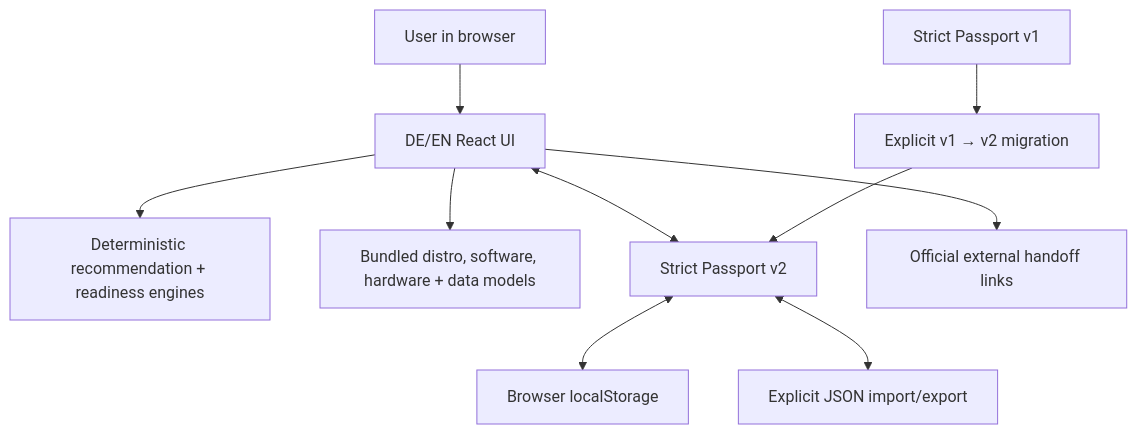
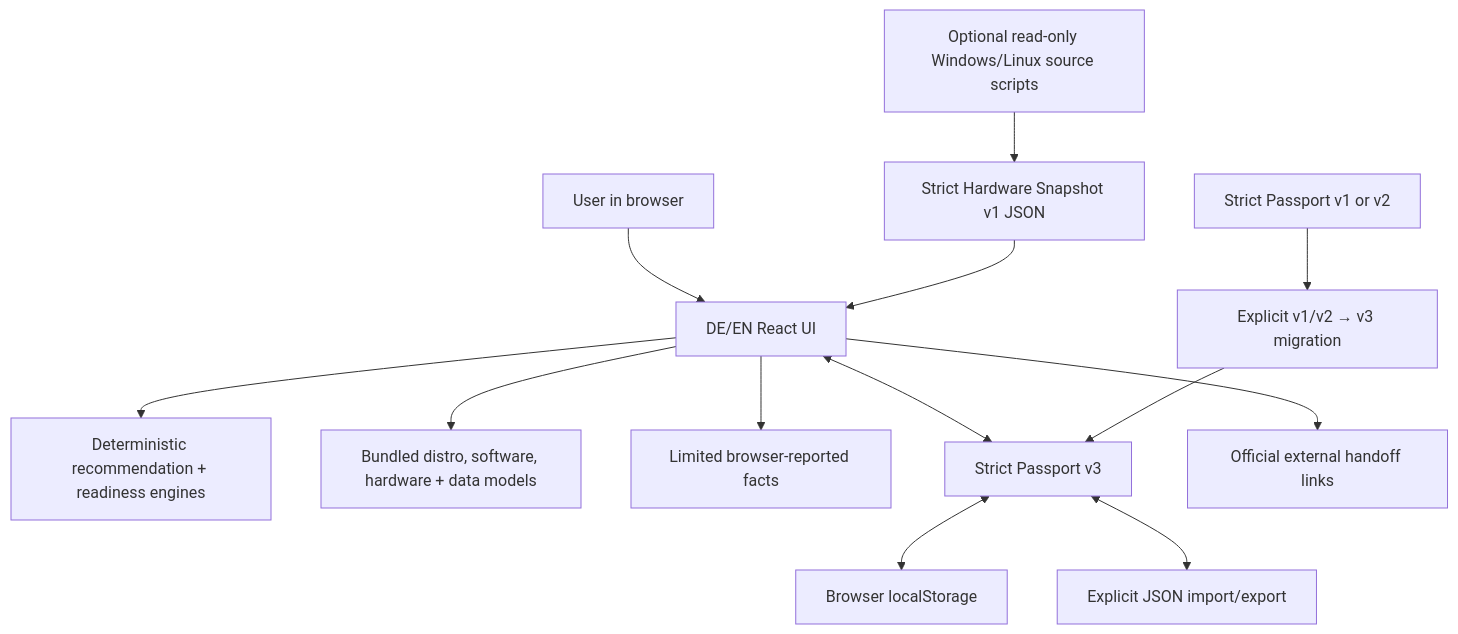
Before and after one commit to dennishilk/linux-migration-companion: the diagram in docs/ARCHITECTURE.md, drawn with Mermaid. The commit also changed other lines of this file and 41 other files, not shown here.

````diff
--- a/docs/ARCHITECTURE.md
+++ b/docs/ARCHITECTURE.md
@@ -9,11 +9,14 @@
 ```mermaid
 flowchart TD
     User["User in browser"] --> UI["DE/EN React UI"]
     UI --> Engine["Deterministic recommendation + readiness engines"]
     UI --> Catalog["Bundled distro, software, hardware + data models"]
-    UI <--> Passport["Strict Passport v2"]
+    UI --> BrowserSnapshot["Limited browser-reported facts"]
+    Collectors["Optional read-only Windows/Linux source scripts"] --> SnapshotFile["Strict Hardware Snapshot v1 JSON"]
+    SnapshotFile --> UI
+    UI <--> Passport["Strict Passport v3"]
     Passport <--> Local["Browser localStorage"]
     Passport <--> File["Explicit JSON import/export"]
-    V1["Strict Passport v1"] --> Migrator["Explicit v1 → v2 migration"] --> Passport
+    Legacy["Strict Passport v1 or v2"] --> Migrator["Explicit v1/v2 → v3 migration"] --> Passport
     UI --> Links["Official external handoff links"]
 ```
````
